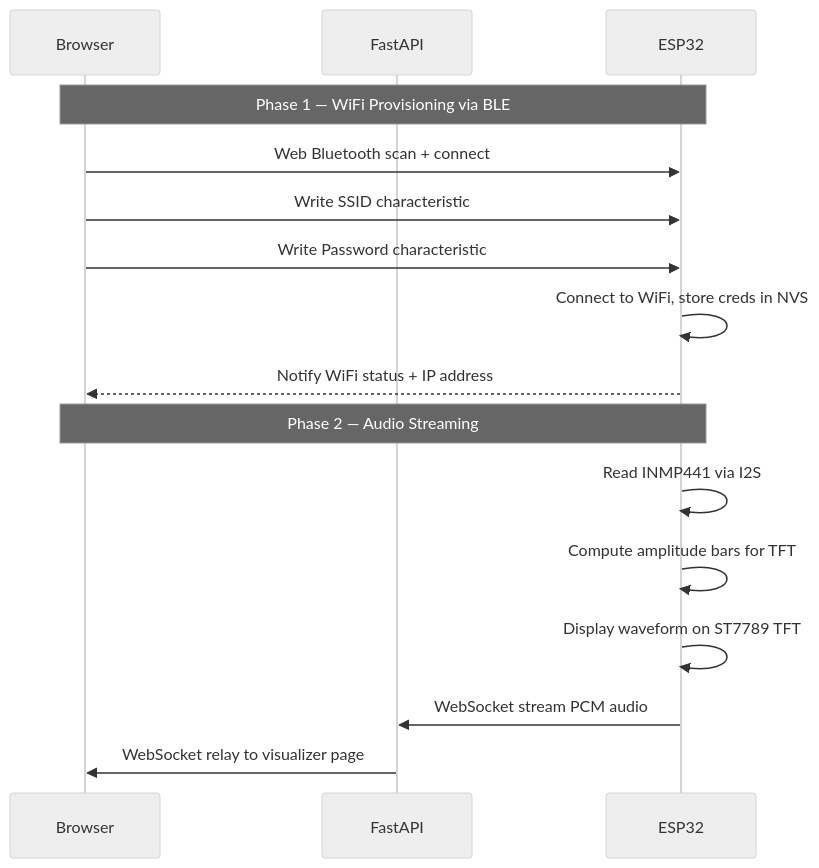
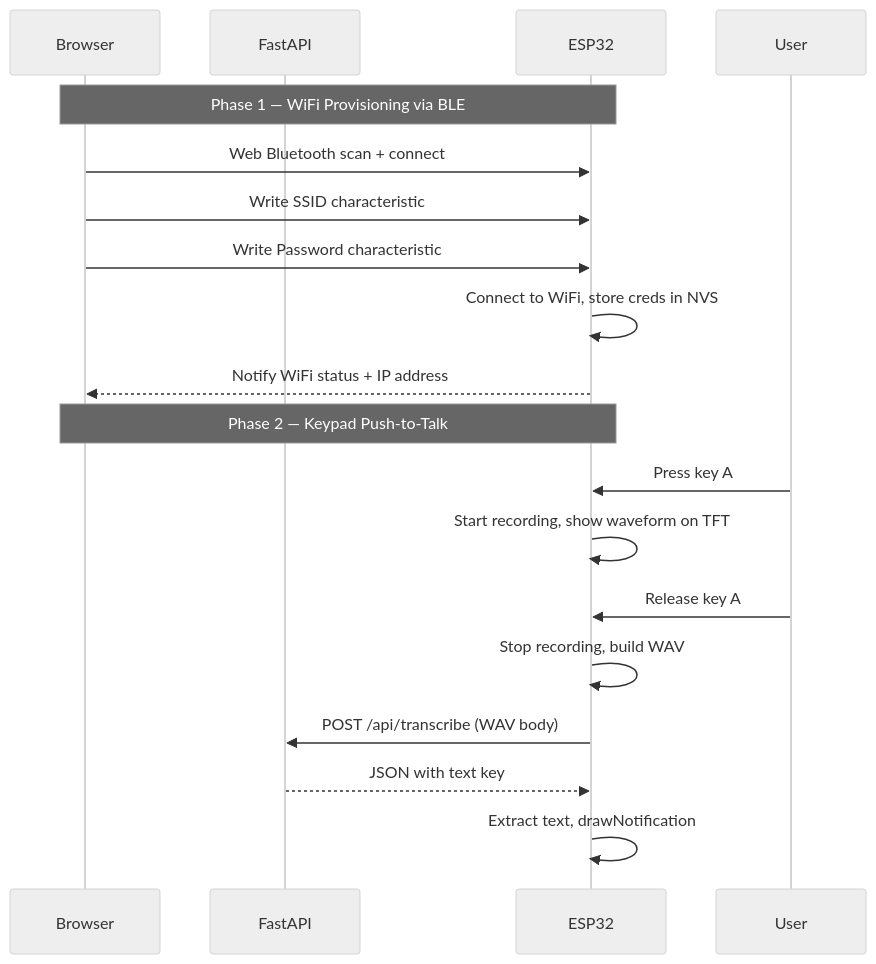
One commit to raynardj/wizardoz changed the second of 3 diagrams in src/README.md. Above: the diagram before and after it, drawn with Mermaid (neutral theme). The commit also changed other lines of this file and 22 other files, not shown here.

````diff
--- a/src/README.md
+++ b/src/README.md
@@ -87,20 +125,22 @@
 ```mermaid
 sequenceDiagram
     participant Browser
     participant FastAPI
     participant ESP32
 
     Note over Browser,ESP32: Phase 1 — WiFi Provisioning via BLE
     Browser->>ESP32: Web Bluetooth scan + connect
     Browser->>ESP32: Write SSID characteristic
     Browser->>ESP32: Write Password characteristic
     ESP32->>ESP32: Connect to WiFi, store creds in NVS
     ESP32-->>Browser: Notify WiFi status + IP address
 
-    Note over Browser,ESP32: Phase 2 — Audio Streaming
-    ESP32->>ESP32: Read INMP441 via I2S
-    ESP32->>ESP32: Compute amplitude bars for TFT
-    ESP32->>ESP32: Display waveform on ST7789 TFT
-    ESP32->>FastAPI: WebSocket stream PCM audio
-    FastAPI->>Browser: WebSocket relay to visualizer page
+    Note over Browser,ESP32: Phase 2 — Keypad Push-to-Talk
+    User->>ESP32: Press key A
+    ESP32->>ESP32: Start recording, show waveform on TFT
+    User->>ESP32: Release key A
+    ESP32->>ESP32: Stop recording, build WAV
+    ESP32->>FastAPI: POST /api/transcribe (WAV body)
+    FastAPI-->>ESP32: JSON with text key
+    ESP32->>ESP32: Extract text, drawNotification
 ```
````
